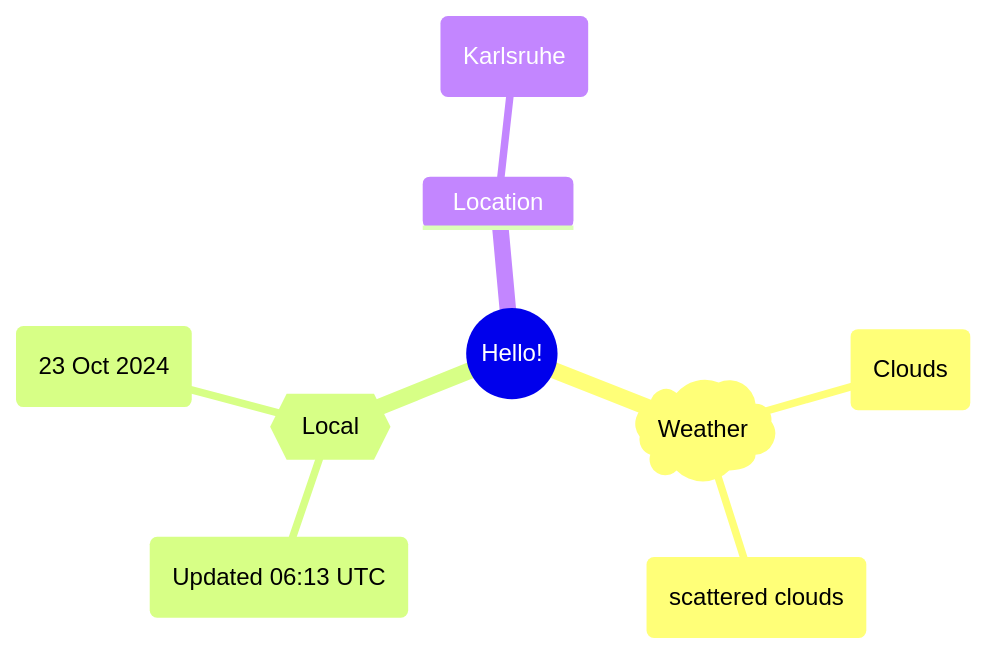
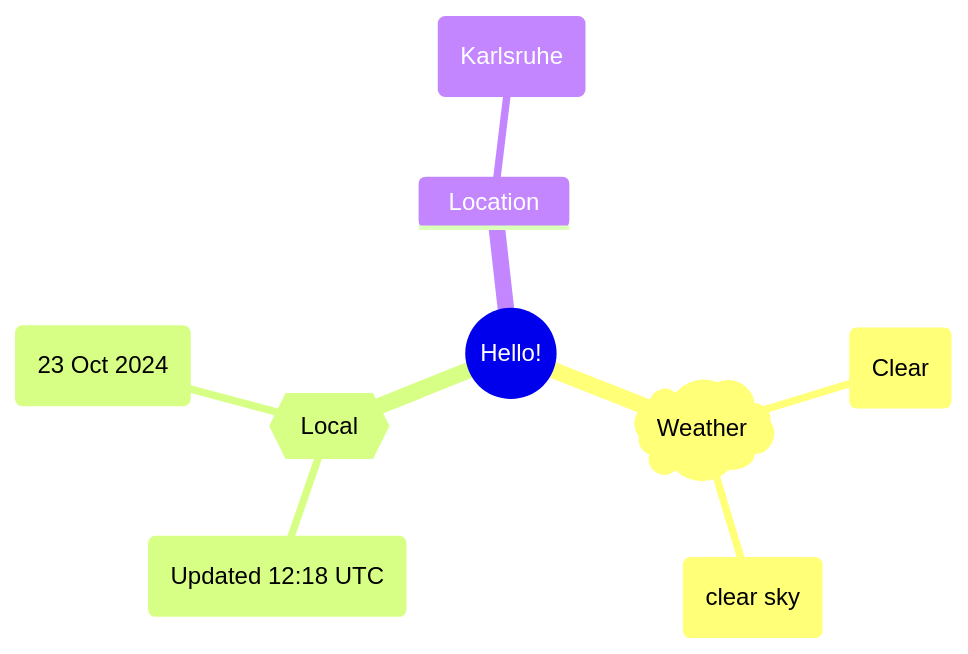
The first of 2 diagrams in README.md (Xosrov/Xosrov), drawn with Mermaid before and after one commit.

Commit message:
[bot] updated images

````diff
--- a/README.md
+++ b/README.md
@@ -3,12 +3,12 @@
 ```mermaid
 mindmap
   root((Hello!))
     )Weather(
-        (Clouds)
-        (scattered clouds)
+        (Clear)
+        (clear sky)
     {{Local}}
-        (Updated 06:13 UTC)
+        (Updated 12:18 UTC)
         (23 Oct 2024)
     Location
         (Karlsruhe)
 ```
````
